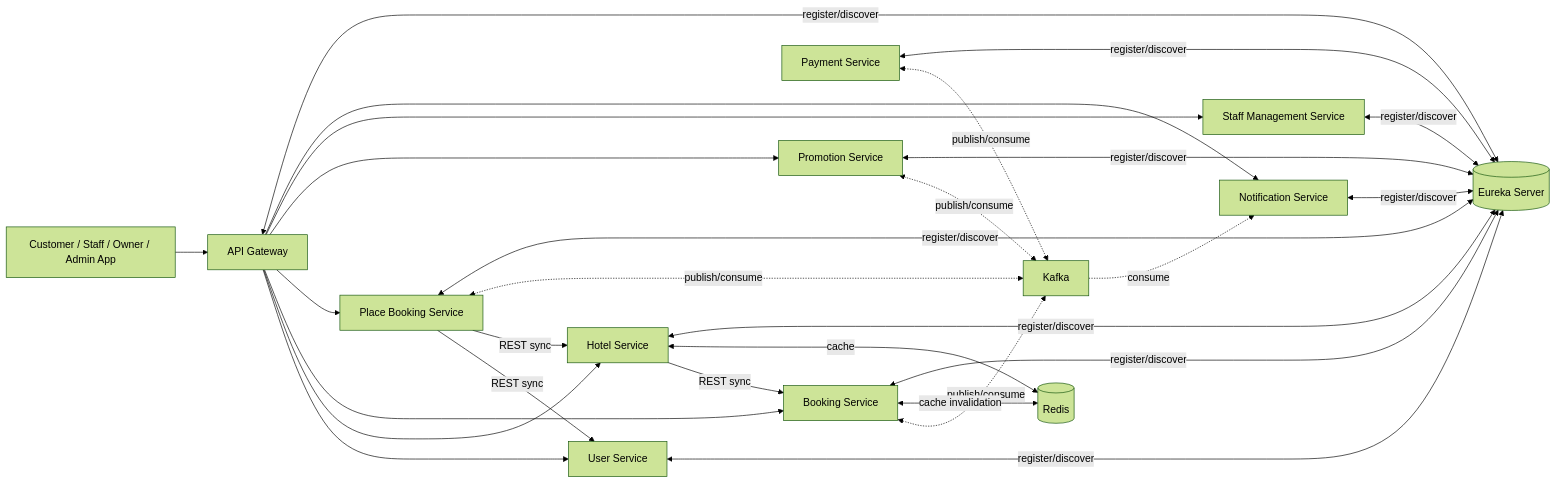
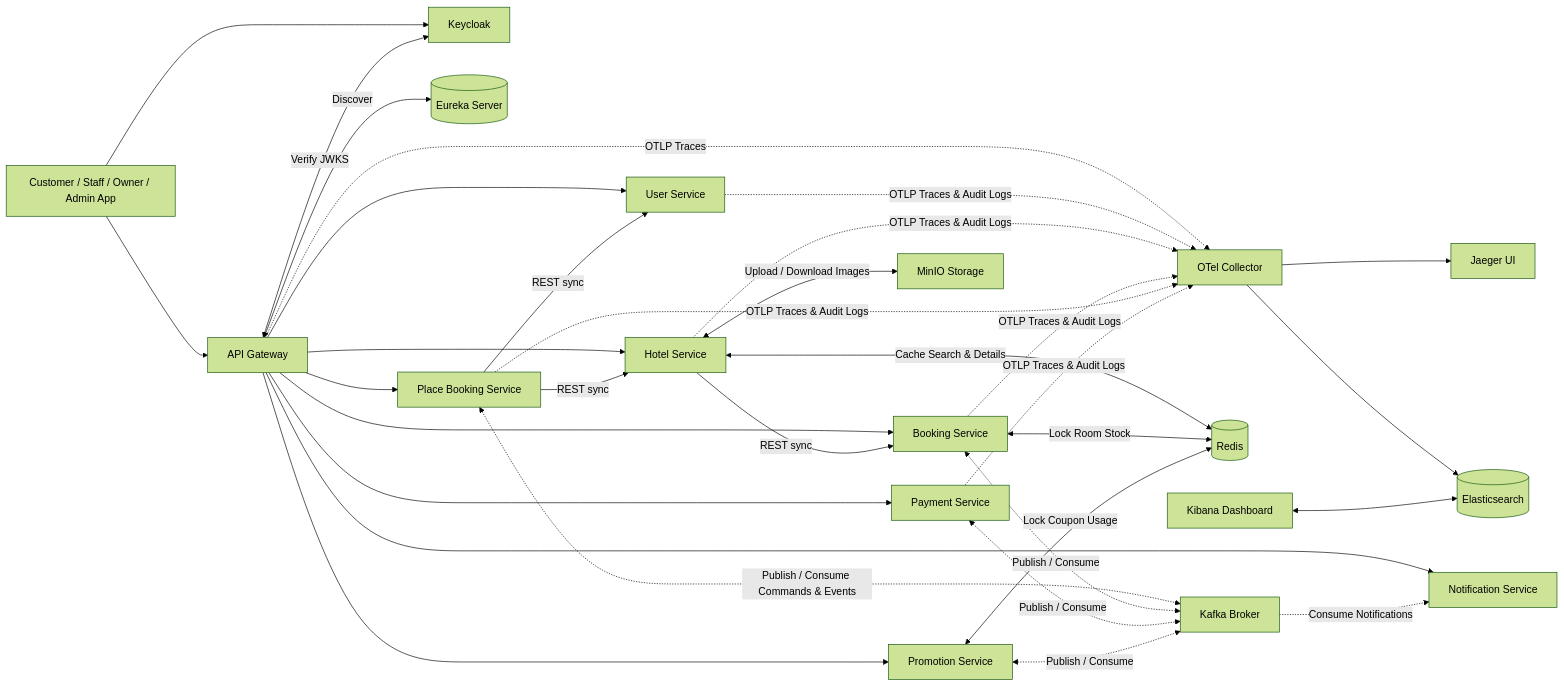
One commit to dqminh2411/hotel-booking-system changed the diagram in docs/analysis-and-design.md. Above: the diagram before and after it, drawn with Mermaid (forest theme). The commit also changed other lines of this file and 4 other files, not shown here.

````diff
--- a/docs/analysis-and-design.md
+++ b/docs/analysis-and-design.md
@@ -58,35 +79,43 @@
 ```mermaid
 flowchart LR
-    Client[Customer / Staff / Owner / Admin App] --> GW[API Gateway]
+    Client[Customer / Staff / Owner / Admin App] --> KC[Keycloak]
+    Client --> GW[API Gateway]
+
+    GW <-->|Verify JWKS| KC
+    GW <-->|Discover| Eureka[(Eureka Server)]
+
     GW --> US[User Service]
     GW --> HS[Hotel Service]
     GW --> BS[Booking Service]
     GW --> PB[Place Booking Service]
-    PS[Payment Service]
+    GW --> PS[Payment Service]
     GW --> PRS[Promotion Service]
-    GW --> SMS[Staff Management Service]
     GW --> NS[Notification Service]
 
     PB -->|REST sync| US
     PB -->|REST sync| HS
     HS -->|REST sync| BS
 
-    PB <-.->|publish/consume| Kafka[Kafka]
-    BS <-.->|publish/consume| Kafka
-    PS <-.->|publish/consume| Kafka
-    PRS <-.->|publish/consume| Kafka
-    Kafka -.->|consume| NS
+    PB <-.->|Publish / Consume Commands & Events| Kafka[Kafka Broker]
+    BS <-.->|Publish / Consume| Kafka
+    PS <-.->|Publish / Consume| Kafka
+    PRS <-.->|Publish / Consume| Kafka
+    Kafka -.->|Consume Notifications| NS
 
-    HS <-->|cache| Redis[(Redis)]
-    BS <-->|cache invalidation| Redis
+    HS <-->|Cache Search & Details| Redis[(Redis)]
+    BS <-->|Lock Room Stock| Redis
+    PRS <-->|Lock Coupon Usage| Redis
 
-    GW <-->|register/discover| Eureka[(Eureka Server)]
-    US <-->|register/discover| Eureka
-    HS <-->|register/discover| Eureka
-    BS <-->|register/discover| Eureka
-    PB <-->|register/discover| Eureka
-    PS <-->|register/discover| Eureka
-    PRS <-->|register/discover| Eureka
-    SMS <-->|register/discover| Eureka
-    NS <-->|register/discover| Eureka
+    HS <-->|Upload / Download Images| MinIO[MinIO Storage]
+
+    GW -.->|OTLP Traces| OTel[OTel Collector]
+    US -.->|OTLP Traces & Audit Logs| OTel
+    HS -.->|OTLP Traces & Audit Logs| OTel
+    BS -.->|OTLP Traces & Audit Logs| OTel
+    PB -.->|OTLP Traces & Audit Logs| OTel
+    PS -.->|OTLP Traces & Audit Logs| OTel
+
+    OTel --> Jaeger[Jaeger UI]
+    OTel --> ES[(Elasticsearch)]
+    Kibana[Kibana Dashboard] <--> ES
 ```
````
